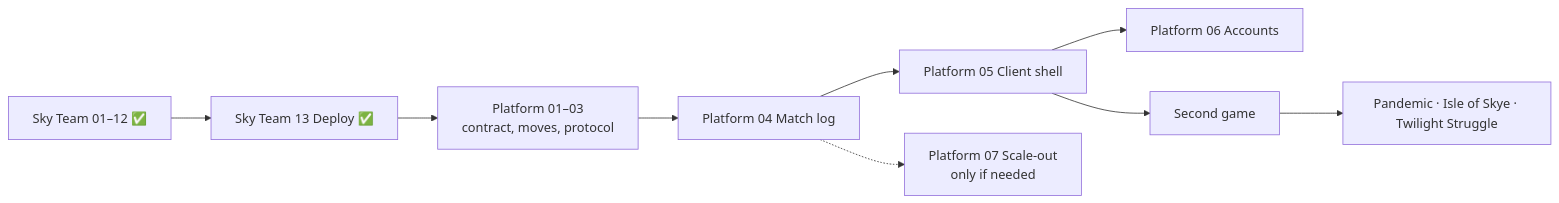
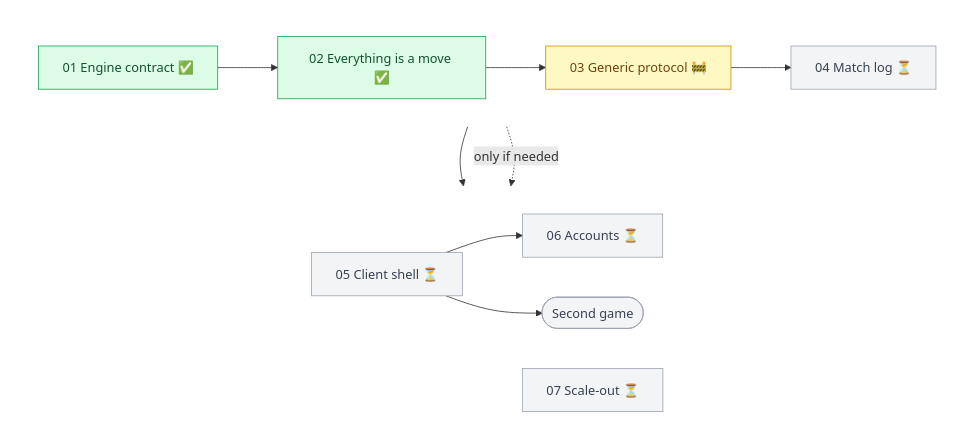
Before and after one commit to thawmisntme4081/boardgame: the second of 2 diagrams in docs/PLAN.md, drawn with Mermaid. The commit also changed other lines of this file and 40 other files, not shown here.

````diff
--- a/docs/PLAN.md
+++ b/docs/PLAN.md
@@ -34,10 +55,25 @@
 ```mermaid
-flowchart LR
-  ST[Sky Team 01–12 ✅] --> ST13[Sky Team 13 Deploy ✅]
-  ST13 --> P1[Platform 01–03<br/>contract, moves, protocol]
-  P1 --> P4[Platform 04 Match log] --> P5[Platform 05 Client shell]
-  P5 --> P6[Platform 06 Accounts]
-  P5 --> G2[Second game]
-  G2 --> BIG[Pandemic · Isle of Skye · Twilight Struggle]
-  P4 -.-> P7[Platform 07 Scale-out<br/>only if needed]
+flowchart TB
+  subgraph R1[" "]
+    direction LR
+    P1[01 Engine contract ✅] --> P2[02 Everything is a move ✅]
+    P2 --> P3[03 Generic protocol 🚧]
+    P3 --> P4[04 Match log ⏳]
+  end
+  subgraph R2[" "]
+    direction LR
+    P5[05 Client shell ⏳] --> P6[06 Accounts ⏳]
+    P5 --> G2([Second game])
+    P7[07 Scale-out ⏳]
+  end
+  P4 --> P5
+  P4 -.->|only if needed| P7
+  style R1 fill:none,stroke:none
+  style R2 fill:none,stroke:none
+  classDef done fill:#dcfce7,stroke:#16a34a,color:#14532d
+  classDef doing fill:#fef9c3,stroke:#ca8a04,color:#713f12
+  classDef todo fill:#f3f4f6,stroke:#9ca3af,color:#374151
+  class P1,P2 done
+  class P3 doing
+  class P4,P5,P6,P7,G2 todo
 ```
````
